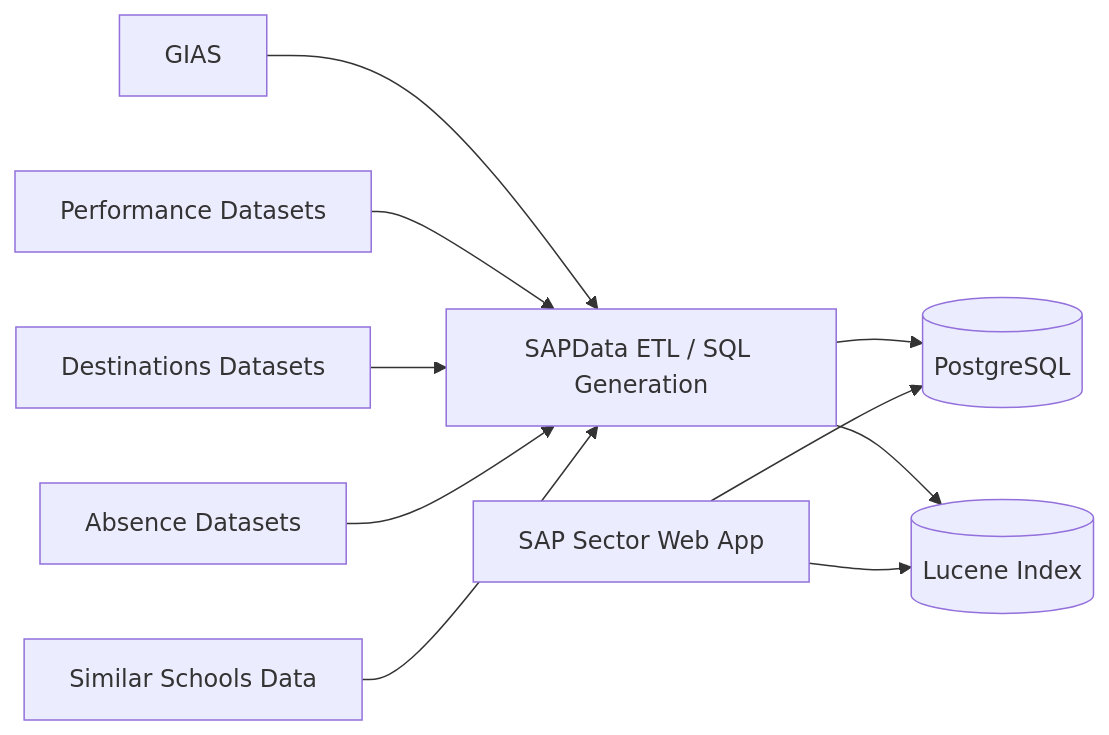
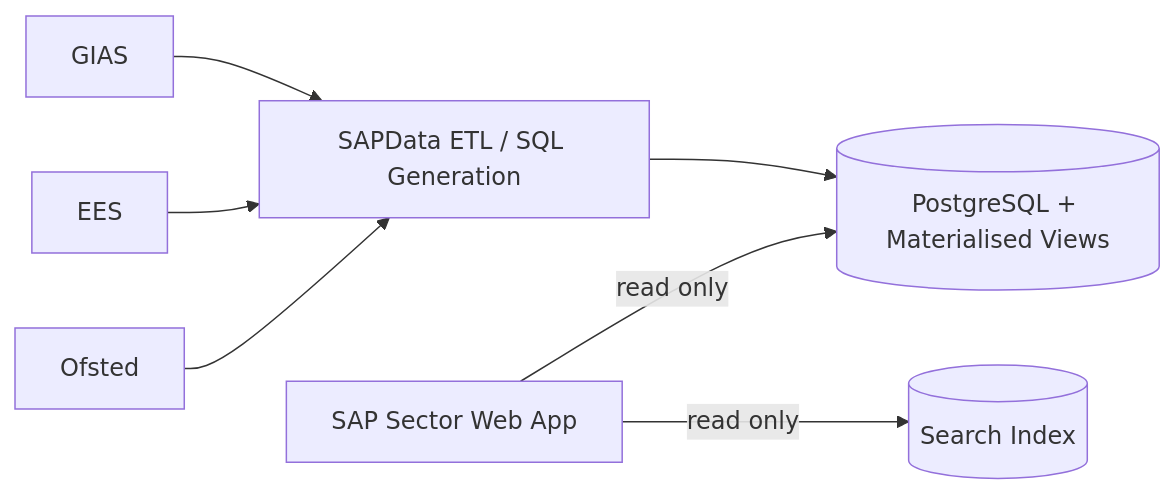
The third of 3 diagrams in docs/architecture/high-level-design.md (DFE-Digital/sap-sector), drawn with Mermaid before and after one commit. The commit also changed other lines of this file and 11 other files, not shown here.

````diff
--- a/docs/architecture/high-level-design.md
+++ b/docs/architecture/high-level-design.md
@@ -443,25 +402,22 @@
 ```mermaid
 flowchart LR
     gias[GIAS]
-    perf[Performance Datasets]
-    dest[Destinations Datasets]
-    abs[Absence Datasets]
-    sim[Similar Schools Data]
+    perf[EES]    
+    ofsted[Ofsted]
+    
 
     pipeline[SAPData ETL / SQL Generation]
-    pg[(PostgreSQL)]
-    lucene[(Lucene Index)]
+    pg[(PostgreSQL + Materialised Views)]
+    search[(Search Index)]
     web[SAP Sector Web App]
 
     gias --> pipeline
     perf --> pipeline
-    dest --> pipeline
-    abs --> pipeline
-    sim --> pipeline
+    ofsted --> pipeline
+    
 
     pipeline --> pg
-    pipeline --> lucene
 
-    web --> pg
-    web --> lucene
+    web -->|read only| pg
+    web -->|read only| search
 ```
````
